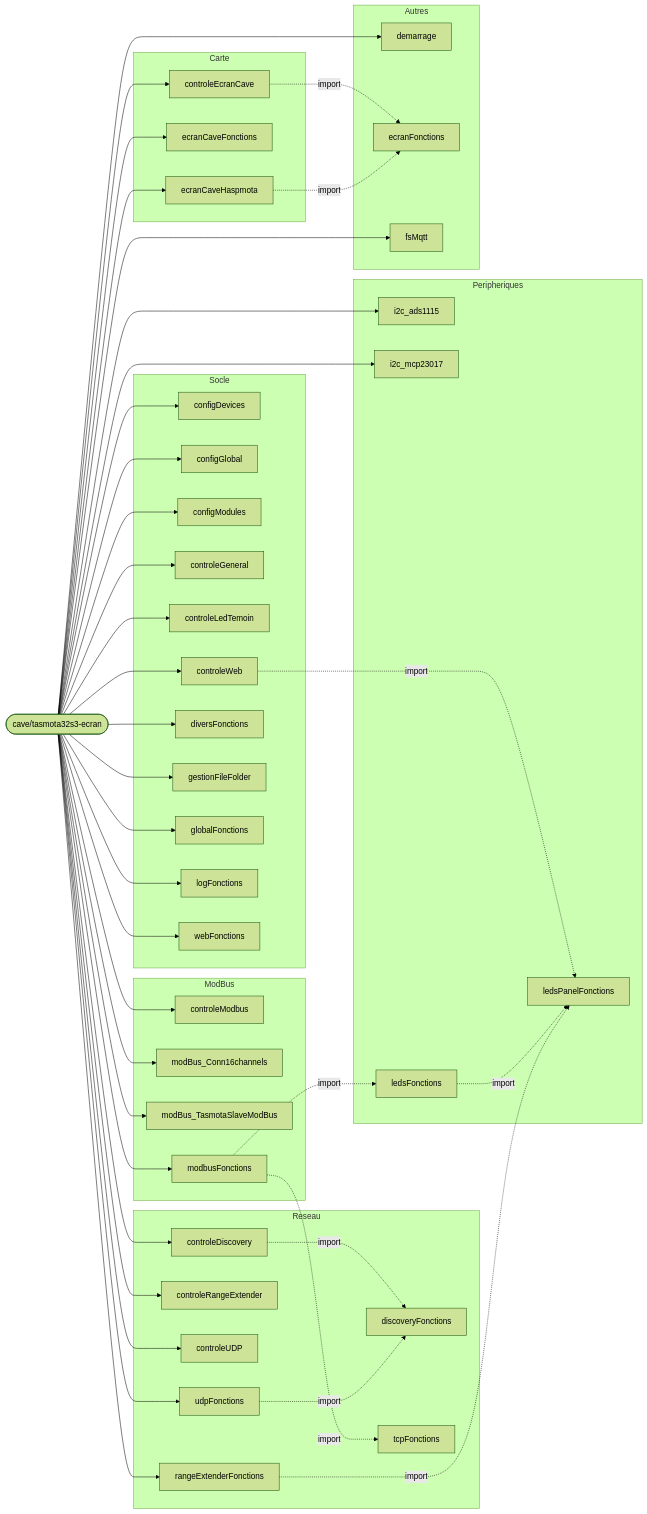
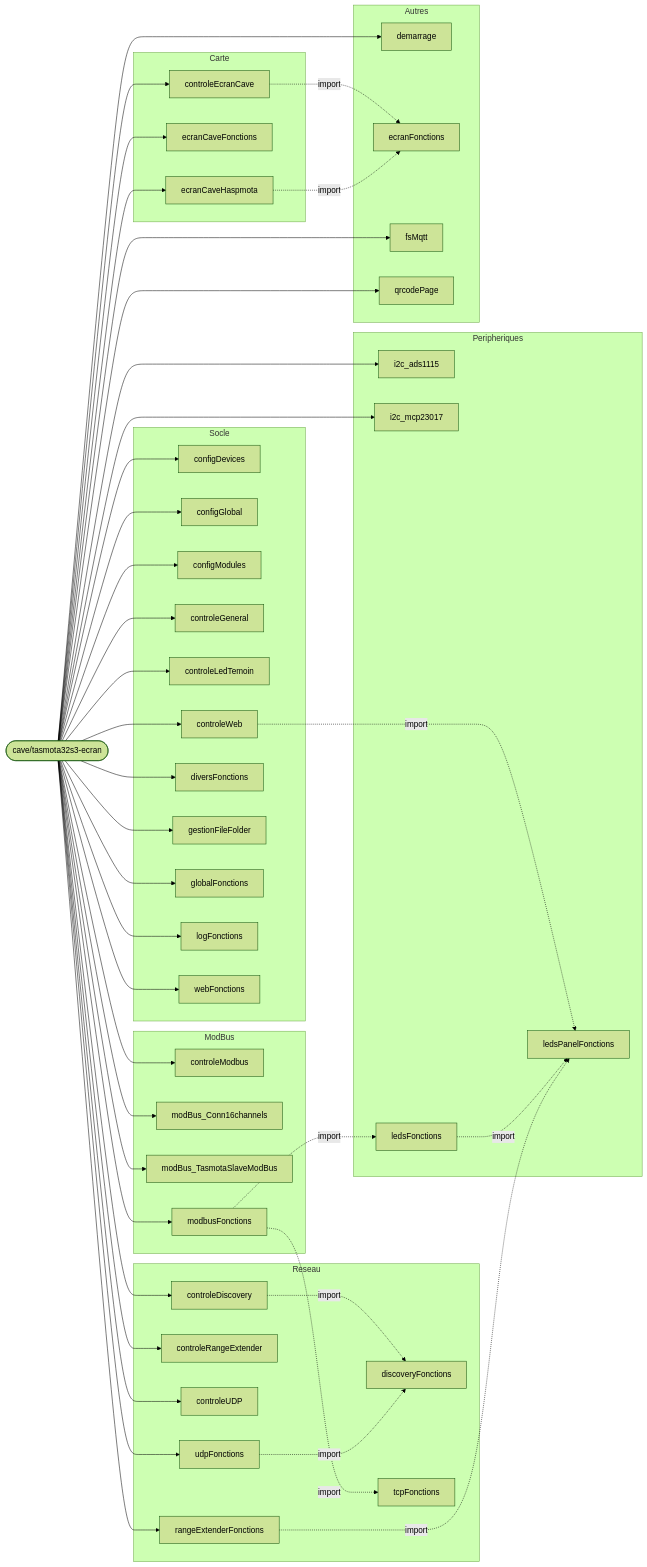
Before and after one commit to fdaubercy/Tasmota: the fifth of 16 diagrams in outils_docs/CARTE_MODULES_BERRY.md, drawn with Mermaid (forest theme). The commit also changed other lines of this file and 7 other files, not shown here.

````diff
--- a/outils_docs/CARTE_MODULES_BERRY.md
+++ b/outils_docs/CARTE_MODULES_BERRY.md
@@ -541,6 +572,7 @@
         m_demarrage["demarrage"]
         m_ecranFonctions["ecranFonctions"]
         m_fsMqtt["fsMqtt"]
+        m_qrcodePage["qrcodePage"]
     end
     CARTE --> m_configDevices
     CARTE --> m_configGlobal
@@ -578,4 +610,5 @@
     m_controleEcranCave -.->|import| m_ecranFonctions
     m_ecranCaveHaspmota -.->|import| m_ecranFonctions
     CARTE --> m_fsMqtt
+    CARTE --> m_qrcodePage
 ```
````
